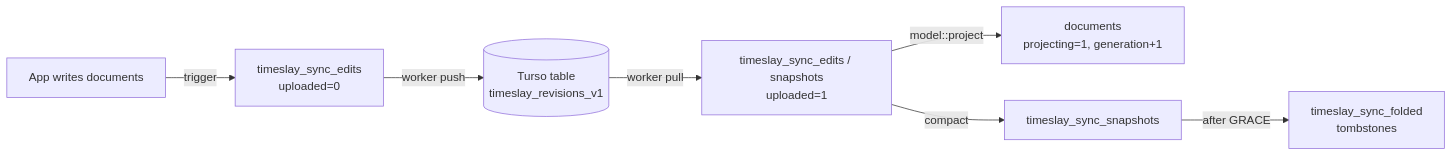
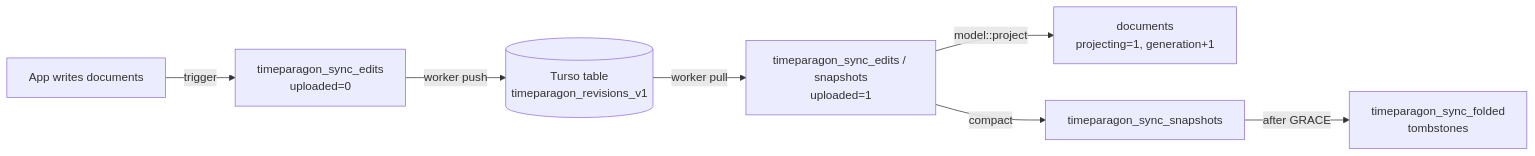
One commit to hyperupcall-projects/timeparagon changed the third of 3 diagrams in docs/database-schema.md. Above: the diagram before and after it, drawn with Mermaid. The commit also changed other lines of this file and 210 other files, not shown here.

````diff
--- a/docs/database-schema.md
+++ b/docs/database-schema.md
@@ -606,9 +606,9 @@
 ```mermaid
 flowchart LR
-    A[App writes documents] -- trigger --> E[timeslay_sync_edits<br/>uploaded=0]
-    E -- worker push --> R[(Turso table<br/>timeslay_revisions_v1)]
-    R -- worker pull --> E2[timeslay_sync_edits / snapshots<br/>uploaded=1]
+    A[App writes documents] -- trigger --> E[timeparagon_sync_edits<br/>uploaded=0]
+    E -- worker push --> R[(Turso table<br/>timeparagon_revisions_v1)]
+    R -- worker pull --> E2[timeparagon_sync_edits / snapshots<br/>uploaded=1]
     E2 -- model::project --> P[documents<br/>projecting=1, generation+1]
-    E2 -- compact --> S[timeslay_sync_snapshots]
-    S -- after GRACE --> F[timeslay_sync_folded<br/>tombstones]
+    E2 -- compact --> S[timeparagon_sync_snapshots]
+    S -- after GRACE --> F[timeparagon_sync_folded<br/>tombstones]
 ```
````
